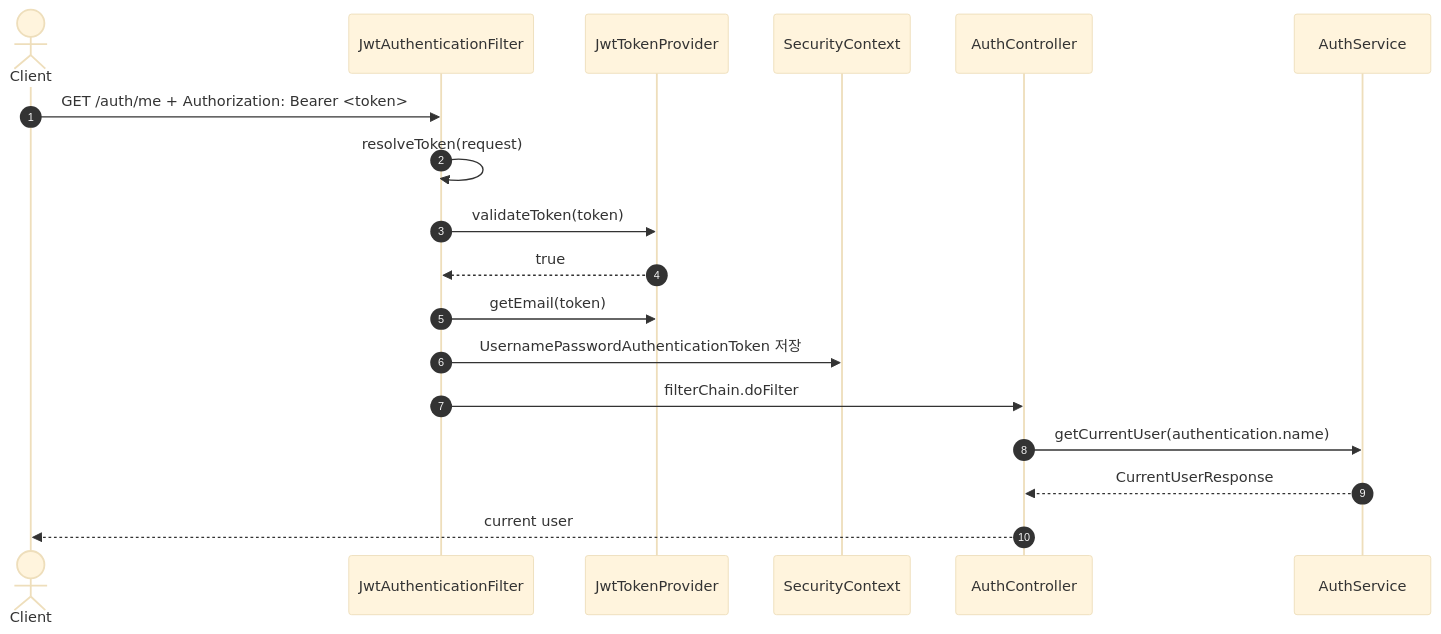
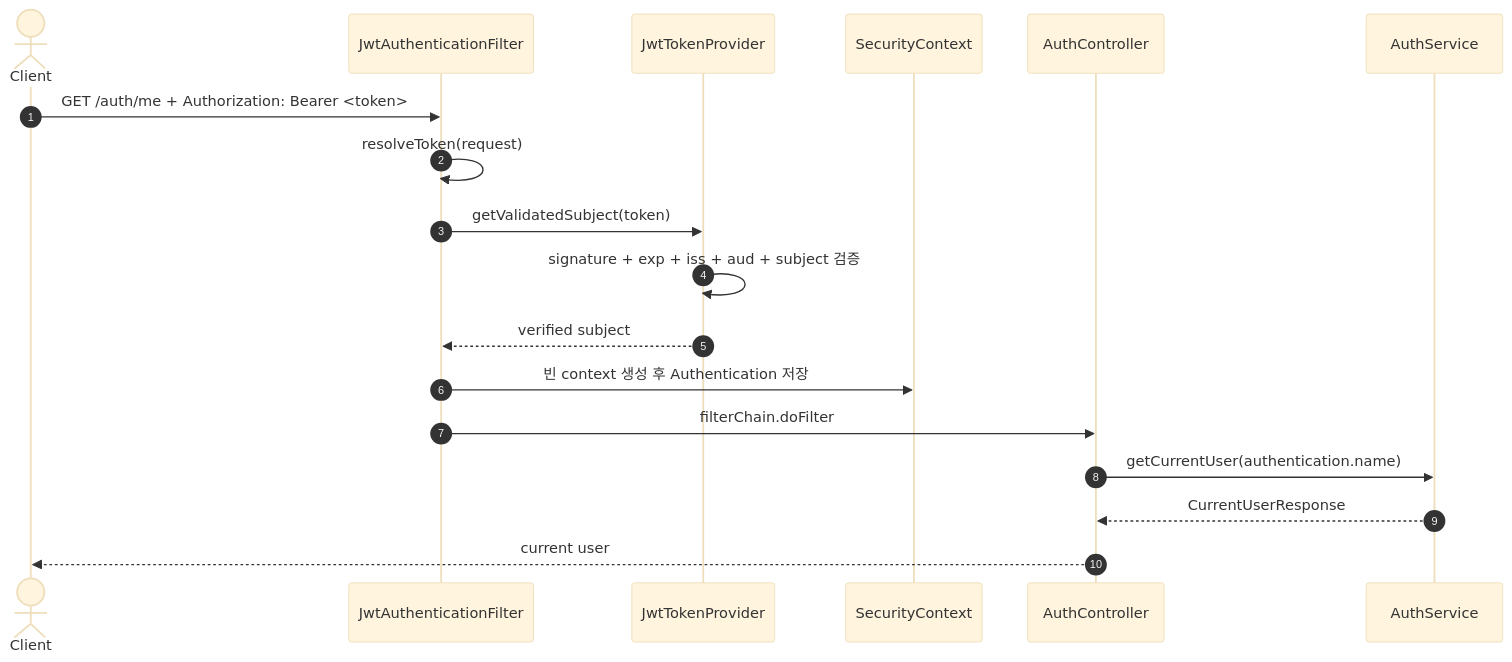
One commit to stdiodh/spring-boot-db-access-lab changed the second of 5 diagrams in docs/theory.md. Above: the diagram before and after it, drawn with Mermaid (base theme). The commit also changed other lines of this file and 29 other files, not shown here.

````diff
--- a/docs/theory.md
+++ b/docs/theory.md
@@ -61,21 +63,21 @@
 ```mermaid
 sequenceDiagram
     autonumber
     actor Client
     participant Filter as JwtAuthenticationFilter
     participant Provider as JwtTokenProvider
     participant Context as SecurityContext
     participant Controller as AuthController
     participant AuthService
 
     Client->>Filter: GET /auth/me + Authorization: Bearer <token>
     Filter->>Filter: resolveToken(request)
-    Filter->>Provider: validateToken(token)
-    Provider-->>Filter: true
-    Filter->>Provider: getEmail(token)
-    Filter->>Context: UsernamePasswordAuthenticationToken 저장
+    Filter->>Provider: getValidatedSubject(token)
+    Provider->>Provider: signature + exp + iss + aud + subject 검증
+    Provider-->>Filter: verified subject
+    Filter->>Context: 빈 context 생성 후 Authentication 저장
     Filter->>Controller: filterChain.doFilter
     Controller->>AuthService: getCurrentUser(authentication.name)
     AuthService-->>Controller: CurrentUserResponse
     Controller-->>Client: current user
 ```
````
